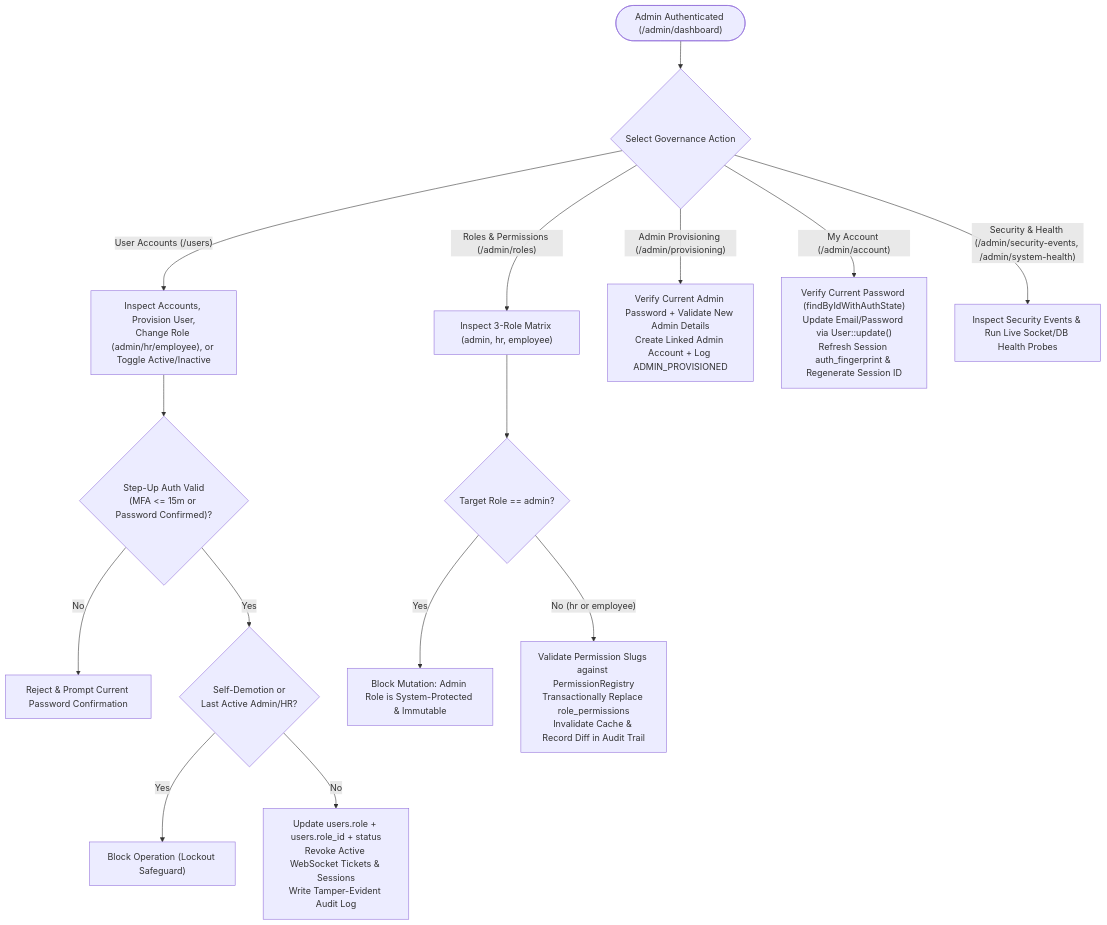
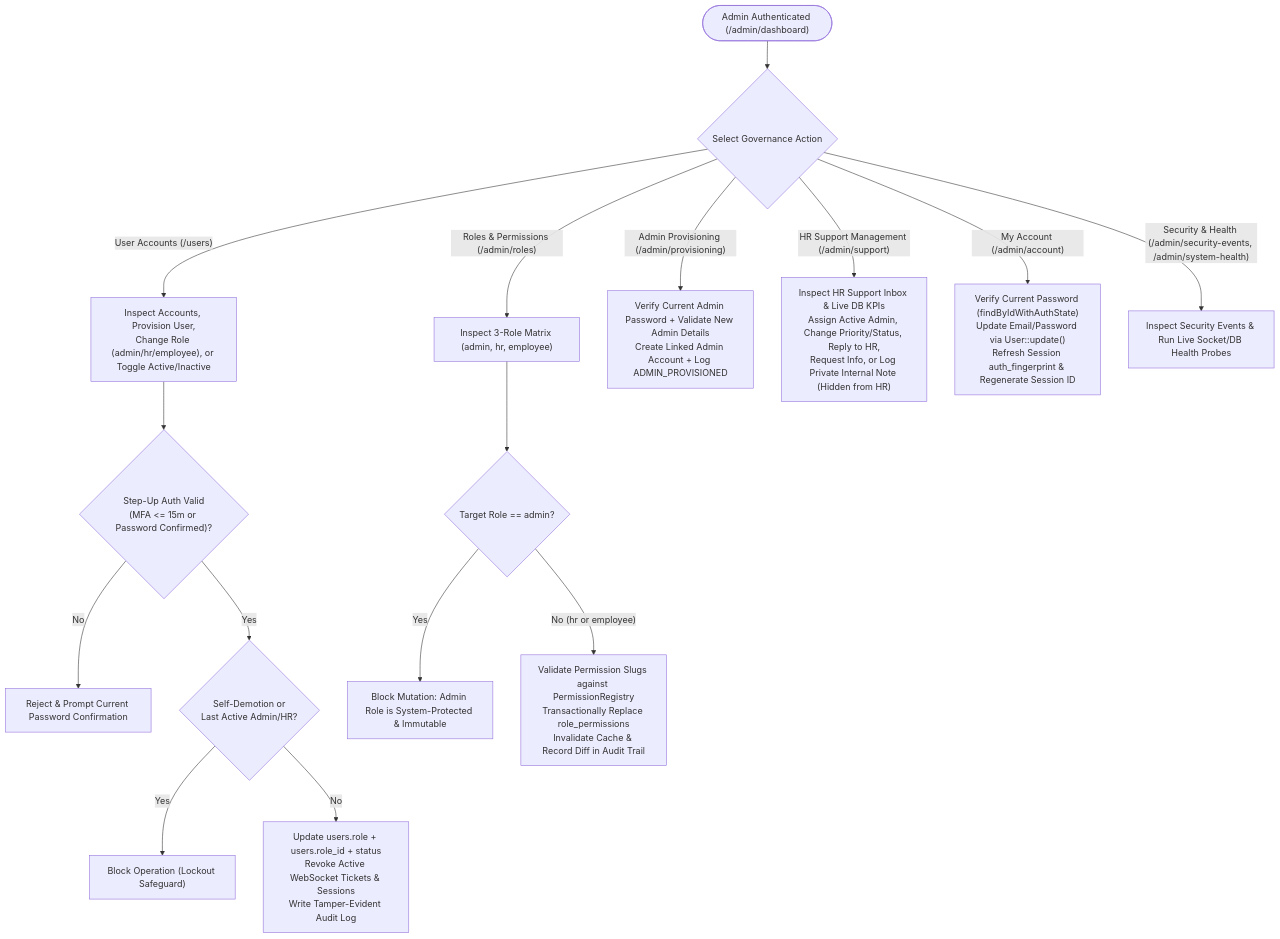
The second of 11 diagrams in docs/02-technical/workflows/system-workflows.md (JeriStack/HRIS-SYSTEM), drawn with Mermaid before and after one commit. The commit also changed other lines of this file and 81 other files, not shown here.

````diff
--- a/docs/02-technical/workflows/system-workflows.md
+++ b/docs/02-technical/workflows/system-workflows.md
@@ -43,19 +43,20 @@
 ```mermaid
 flowchart TD
     Start(["Admin Authenticated (/admin/dashboard)"]) --> Nav{"Select Governance Action"}
     Nav -- "User Accounts (/users)" --> U1["Inspect Accounts, Provision User,\nChange Role (admin/hr/employee), or Toggle Active/Inactive"]
     U1 --> U2{"Step-Up Auth Valid\n(MFA <= 15m or Password Confirmed)?"}
     U2 -- "No" --> U3["Reject & Prompt Current Password Confirmation"]
     U2 -- "Yes" --> U4{"Self-Demotion or\nLast Active Admin/HR?"}
     U4 -- "Yes" --> U5["Block Operation (Lockout Safeguard)"]
     U4 -- "No" --> U6["Update users.role + users.role_id + status\nRevoke Active WebSocket Tickets & Sessions\nWrite Tamper-Evident Audit Log"]
 
     Nav -- "Roles & Permissions (/admin/roles)" --> R1["Inspect 3-Role Matrix (admin, hr, employee)"]
     R1 --> R2{"Target Role == admin?"}
     R2 -- "Yes" --> R3["Block Mutation: Admin Role is System-Protected & Immutable"]
     R2 -- "No (hr or employee)" --> R4["Validate Permission Slugs against PermissionRegistry\nTransactionally Replace role_permissions\nInvalidate Cache & Record Diff in Audit Trail"]
 
     Nav -- "Admin Provisioning (/admin/provisioning)" --> P1["Verify Current Admin Password + Validate New Admin Details\nCreate Linked Admin Account + Log ADMIN_PROVISIONED"]
+    Nav -- "HR Support Management (/admin/support)" --> SUP1["Inspect HR Support Inbox & Live DB KPIs\nAssign Active Admin, Change Priority/Status, Reply to HR,\nRequest Info, or Log Private Internal Note (Hidden from HR)"]
     Nav -- "My Account (/admin/account)" --> A1["Verify Current Password (findByIdWithAuthState)\nUpdate Email/Password via User::update()\nRefresh Session auth_fingerprint & Regenerate Session ID"]
     Nav -- "Security & Health (/admin/security-events, /admin/system-health)" --> S1["Inspect Security Events & Run Live Socket/DB Health Probes"]
 ```
````
